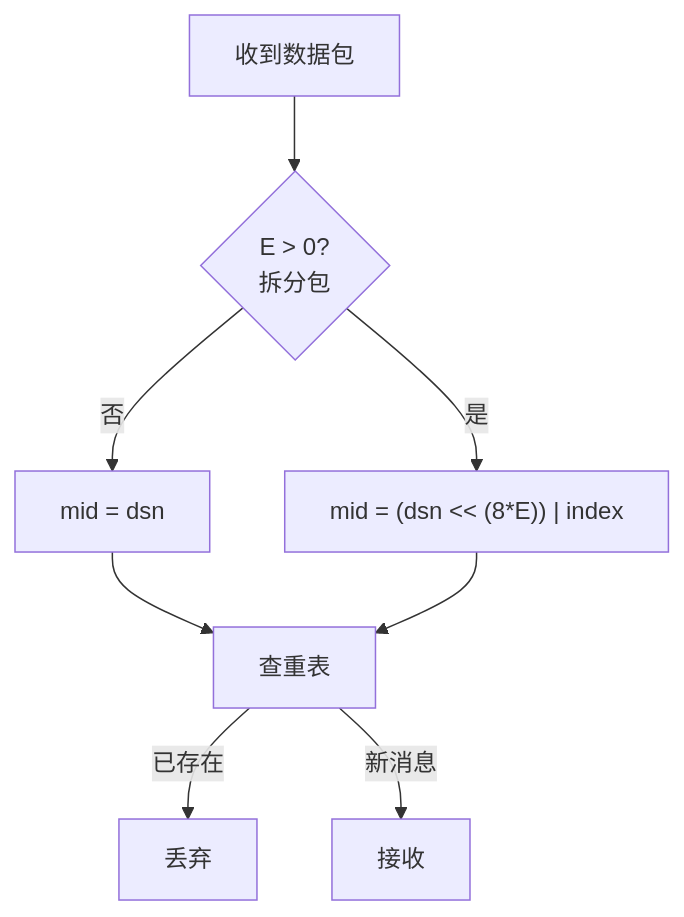
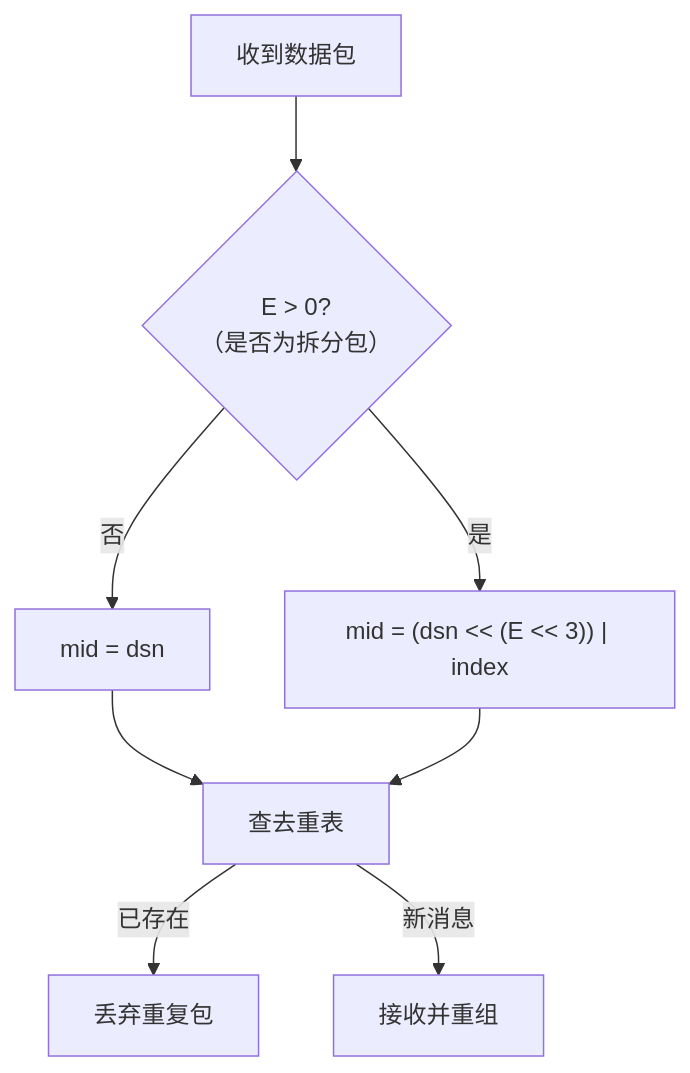
Before and after one commit to moky/magpie: the diagram in docs/design-protocol.md, drawn with Mermaid. The commit also changed other lines of this file and 7 other files, not shown here.

````diff
--- a/docs/design-protocol.md
+++ b/docs/design-protocol.md
@@ -207,10 +148,10 @@
 ```mermaid
 flowchart TD
-    P["收到数据包"] --> E{"E > 0?<br/>拆分包"}
-    E -- 否 --> M1["mid = dsn"]
-    E -- 是 --> M2["mid = (dsn << (8*E)) | index"]
-    M1 --> T["查重表"]
+    P[收到数据包] --> Q{"E > 0?<br/>（是否为拆分包）"}
+    Q -- "否" --> M1["mid = dsn"]
+    Q -- "是" --> M2["mid = (dsn << (E << 3)) | index"]
+    M1 --> T[查去重表]
     M2 --> T
-    T -- 已存在 --> DR["丢弃"]
-    T -- 新消息 --> ACC["接收"]
+    T -- "已存在" --> DR[丢弃重复包]
+    T -- "新消息" --> ACC[接收并重组]
 ```
````
